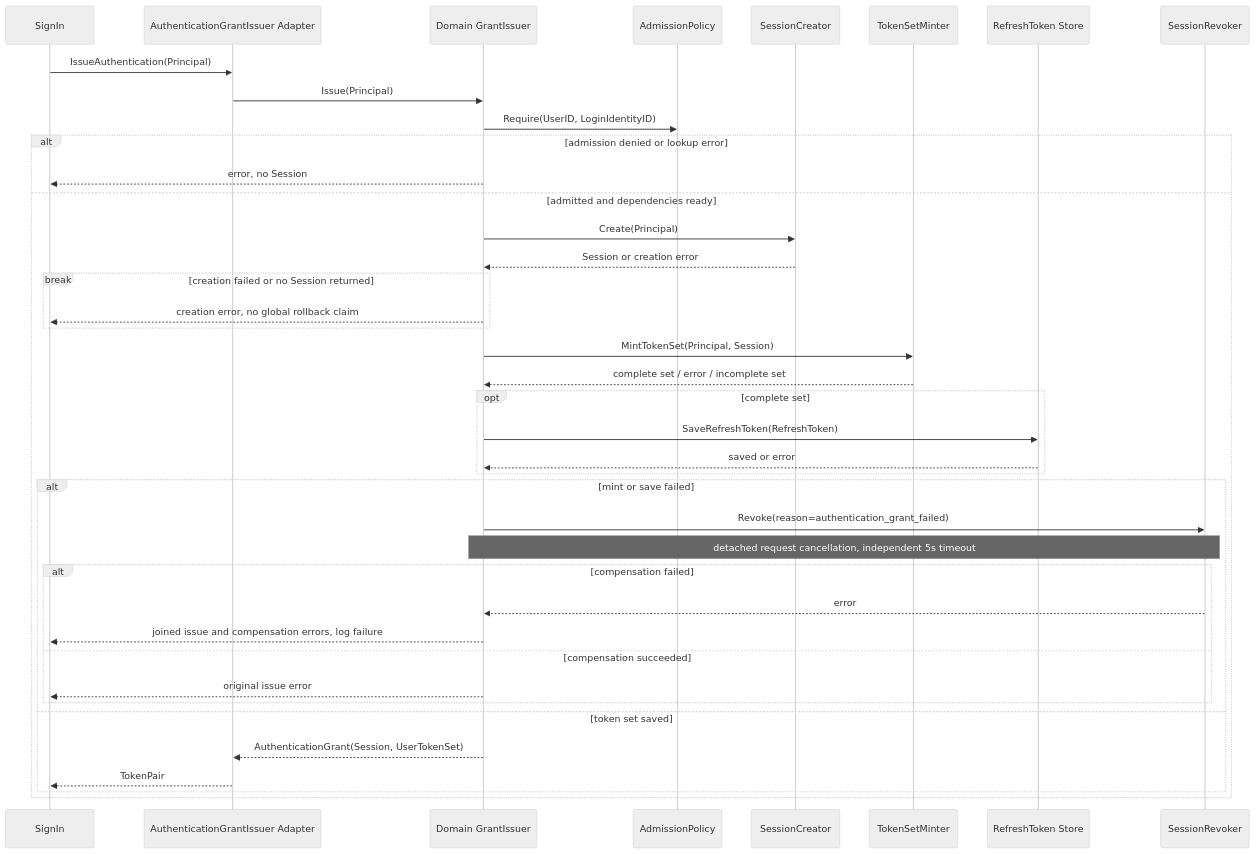
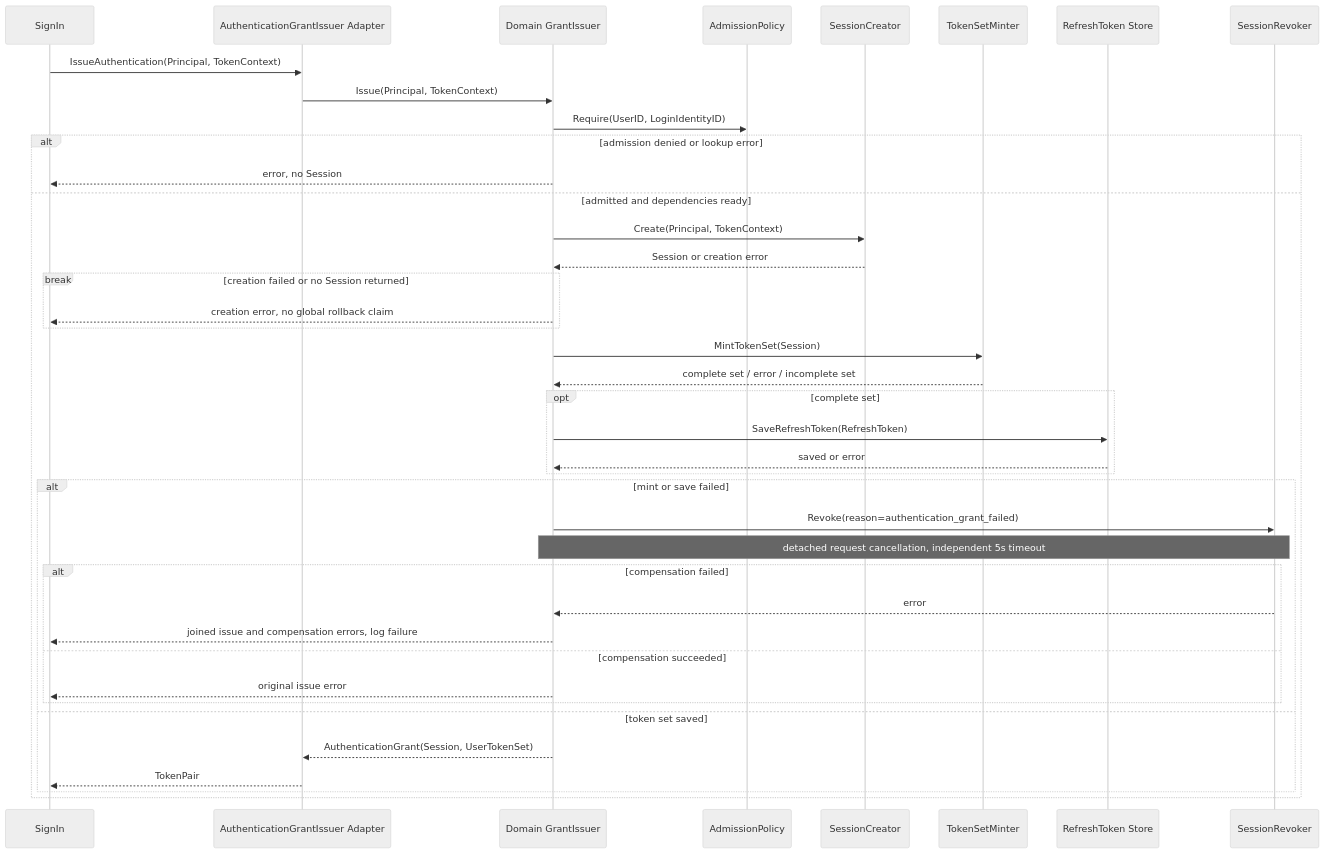
The first of 7 diagrams in docs/02-业务模块/02-AuthN/05-关键链路-Token签发刷新吊销.md (FangcunMount/iam-contracts), drawn with Mermaid (neutral theme) before and after one commit. The commit also changed other lines of this file and 39 other files, not shown here.

First line of the commit message:
refactor(authn): 在身份验证流程中用独立的 TokenContext 处理替换 EnsureTokenContext

````diff
--- a/docs/02-业务模块/02-AuthN/05-关键链路-Token签发刷新吊销.md
+++ b/docs/02-业务模块/02-AuthN/05-关键链路-Token签发刷新吊销.md
@@ -22,42 +22,42 @@
 ```mermaid
 sequenceDiagram
     participant Login as SignIn
     participant A as AuthenticationGrantIssuer Adapter
     participant G as Domain GrantIssuer
     participant AP as AdmissionPolicy
     participant SC as SessionCreator
     participant TM as TokenSetMinter
     participant RS as RefreshToken Store
     participant SR as SessionRevoker
-    Login->>A: IssueAuthentication(Principal)
-    A->>G: Issue(Principal)
+    Login->>A: IssueAuthentication(Principal, TokenContext)
+    A->>G: Issue(Principal, TokenContext)
     G->>AP: Require(UserID, LoginIdentityID)
     alt admission denied or lookup error
         G-->>Login: error, no Session
     else admitted and dependencies ready
-        G->>SC: Create(Principal)
+        G->>SC: Create(Principal, TokenContext)
         SC-->>G: Session or creation error
         break creation failed or no Session returned
             G-->>Login: creation error, no global rollback claim
         end
-        G->>TM: MintTokenSet(Principal, Session)
+        G->>TM: MintTokenSet(Session)
         TM-->>G: complete set / error / incomplete set
         opt complete set
             G->>RS: SaveRefreshToken(RefreshToken)
             RS-->>G: saved or error
         end
         alt mint or save failed
             G->>SR: Revoke(reason=authentication_grant_failed)
             Note over G,SR: detached request cancellation, independent 5s timeout
             alt compensation failed
                 SR-->>G: error
                 G-->>Login: joined issue and compensation errors, log failure
             else compensation succeeded
                 G-->>Login: original issue error
             end
         else token set saved
             G-->>A: AuthenticationGrant(Session, UserTokenSet)
             A-->>Login: TokenPair
         end
     end
 ```
````
